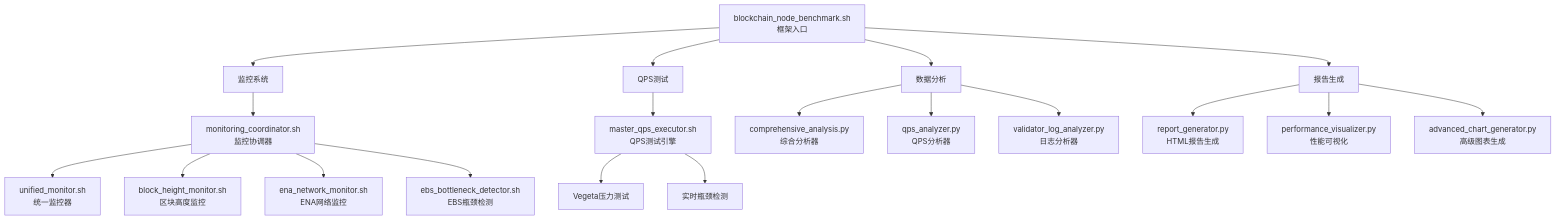
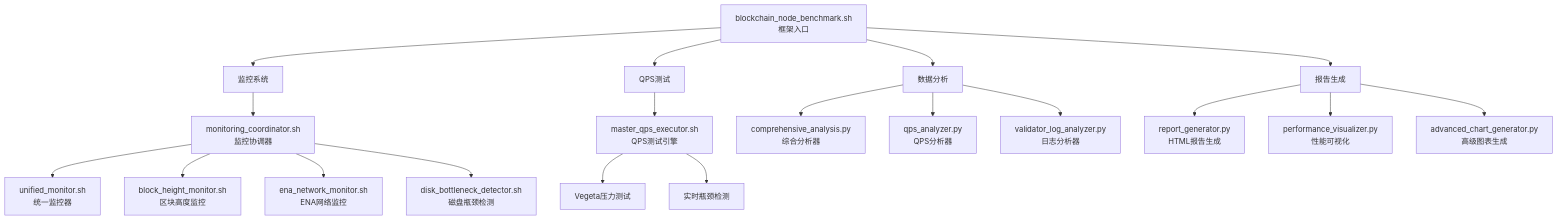
The first of 6 diagrams in docs/data-architecture-zh.md (StayHungryStayFoolish/blockchain-node-benchmark), drawn with Mermaid before and after one commit. The commit also changed other lines of this file and 77 other files, not shown here.

````diff
--- a/docs/data-architecture-zh.md
+++ b/docs/data-architecture-zh.md
@@ -13,25 +13,25 @@
 ```mermaid
 graph TB
     A[blockchain_node_benchmark.sh<br/>框架入口] --> B[监控系统]
     A --> C[QPS测试]
     A --> D[数据分析]
     A --> E[报告生成]
     
     B --> B1[monitoring_coordinator.sh<br/>监控协调器]
     B1 --> B2[unified_monitor.sh<br/>统一监控器]
     B1 --> B3[block_height_monitor.sh<br/>区块高度监控]
     B1 --> B4[ena_network_monitor.sh<br/>ENA网络监控]
-    B1 --> B5[ebs_bottleneck_detector.sh<br/>EBS瓶颈检测]
+    B1 --> B5[disk_bottleneck_detector.sh<br/>磁盘瓶颈检测]
     
     C --> C1[master_qps_executor.sh<br/>QPS测试引擎]
     C1 --> C2[Vegeta压力测试]
     C1 --> C3[实时瓶颈检测]
     
     D --> D1[comprehensive_analysis.py<br/>综合分析器]
     D --> D2[qps_analyzer.py<br/>QPS分析器]
     D --> D3[validator_log_analyzer.py<br/>日志分析器]
     
     E --> E1[report_generator.py<br/>HTML报告生成]
     E --> E2[performance_visualizer.py<br/>性能可视化]
     E --> E3[advanced_chart_generator.py<br/>高级图表生成]
 ```
````
